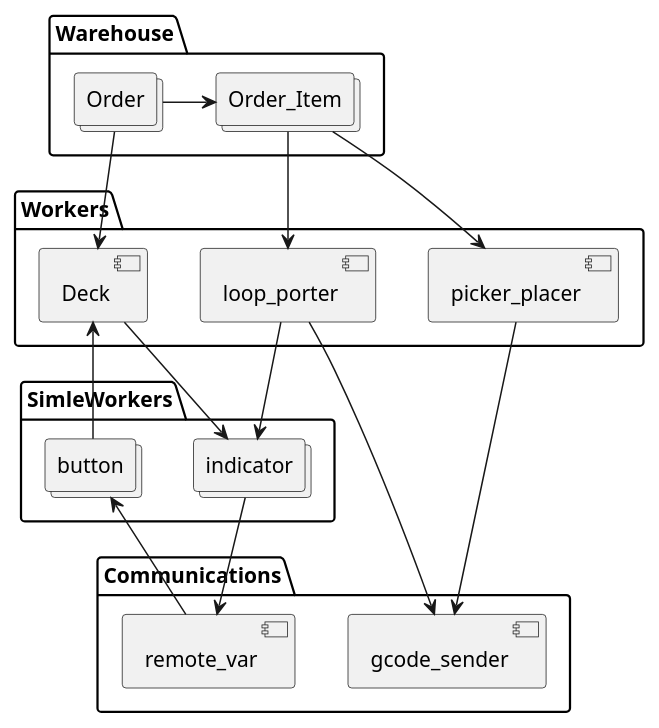
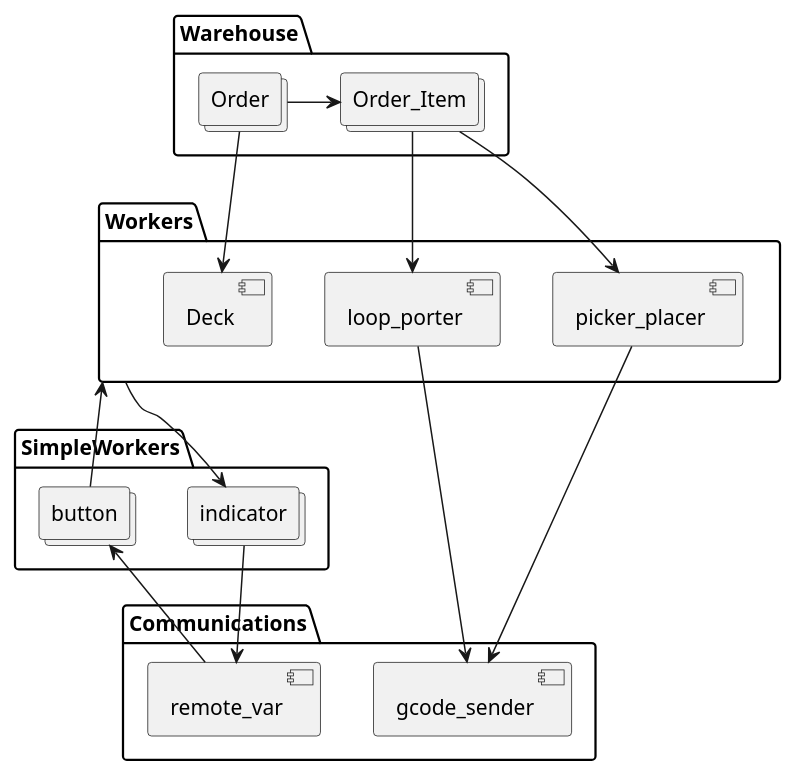
The diagram in apps/port1234/twh_wcs/docs/architecture.puml (voicevon/gobot_front), drawn with PlantUML before and after one commit. The commit also changed 16 other files, not shown here.

Commit message:
refolder follow architecture

```diff
--- a/apps/port1234/twh_wcs/docs/architecture.puml
+++ b/apps/port1234/twh_wcs/docs/architecture.puml
@@ -1,39 +1,38 @@
 @startuml
 allowmixing
 
 folder Warehouse{
     collections Order
     collections Order_Item
     Order -> Order_Item
 }
 
 folder Workers{
     component loop_porter
     component Deck
     component picker_placer
 
 }
 Order --> Deck
 Order_Item --> loop_porter
 Order_Item -->picker_placer
 
-folder SimleWorkers{
+folder SimpleWorkers{
     collections indicator
     collections button
 
 }
-loop_porter --> indicator
-Deck --> indicator
-Deck <-- button
+Workers --> indicator
+Workers <-- button
 
 
 folder Communications{
     component gcode_sender
     component remote_var
 }
 loop_porter ---> gcode_sender
 picker_placer ---> gcode_sender
 indicator --> remote_var
 button <-- remote_var
 
 @enduml
```
